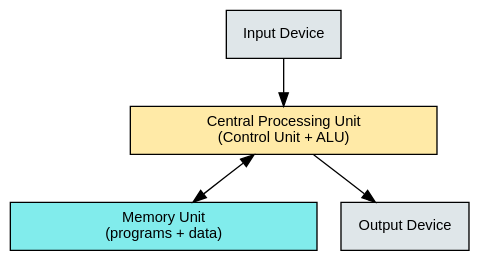
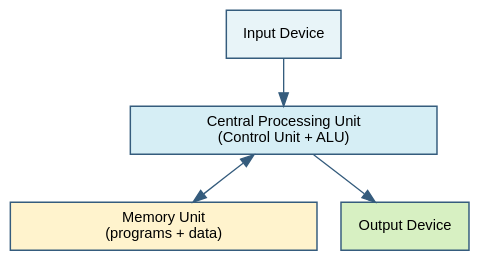
The seventh of 19 diagrams in semester-2/Theoretical Computer Science/8.qmd (p0dyakov/inno_notes), drawn with Graphviz before and after one commit. The commit also changed other lines of this file and 191 other files, not shown here.

````diff
--- a/semester-2/Theoretical Computer Science/8.qmd
+++ b/semester-2/Theoretical Computer Science/8.qmd
@@ -505,20 +503,20 @@
 ```{dot}
 //| fig-cap: "Von Neumann architecture: control unit and ALU share a common memory with program and data"
 //| fig-width: 4.5
 //| fig-height: 2.5
 digraph vna {
   rankdir=TB;
   bgcolor="transparent";
-  node [fontname="Helvetica", fontsize=11, style=filled];
-  edge [fontname="Helvetica", fontsize=10];
+  node [fontname="Helvetica", fontsize=11, style=filled, color="#355c7d", penwidth=1.1];
+  edge [fontname="Helvetica", fontsize=10, color="#355c7d"];
 
-  cpu [label="Central Processing Unit\n(Control Unit + ALU)", shape=box, fillcolor="#ffeaa7", width=3.2];
-  mem [label="Memory Unit\n(programs + data)", shape=box, fillcolor="#81ecec", width=3.2];
-  inp [label="Input Device", shape=box, fillcolor="#dfe6e9"];
-  out [label="Output Device", shape=box, fillcolor="#dfe6e9"];
+  cpu [label="Central Processing Unit\n(Control Unit + ALU)", shape=box, fillcolor="#d6eef5", width=3.2];
+  mem [label="Memory Unit\n(programs + data)", shape=box, fillcolor="#fff3cd", width=3.2];
+  inp [label="Input Device", shape=box, fillcolor="#e8f4f8"];
+  out [label="Output Device", shape=box, fillcolor="#d7f0c2"];
 
   inp -> cpu;
   cpu -> out;
   cpu -> mem [dir=both];
 }
 ```
````
